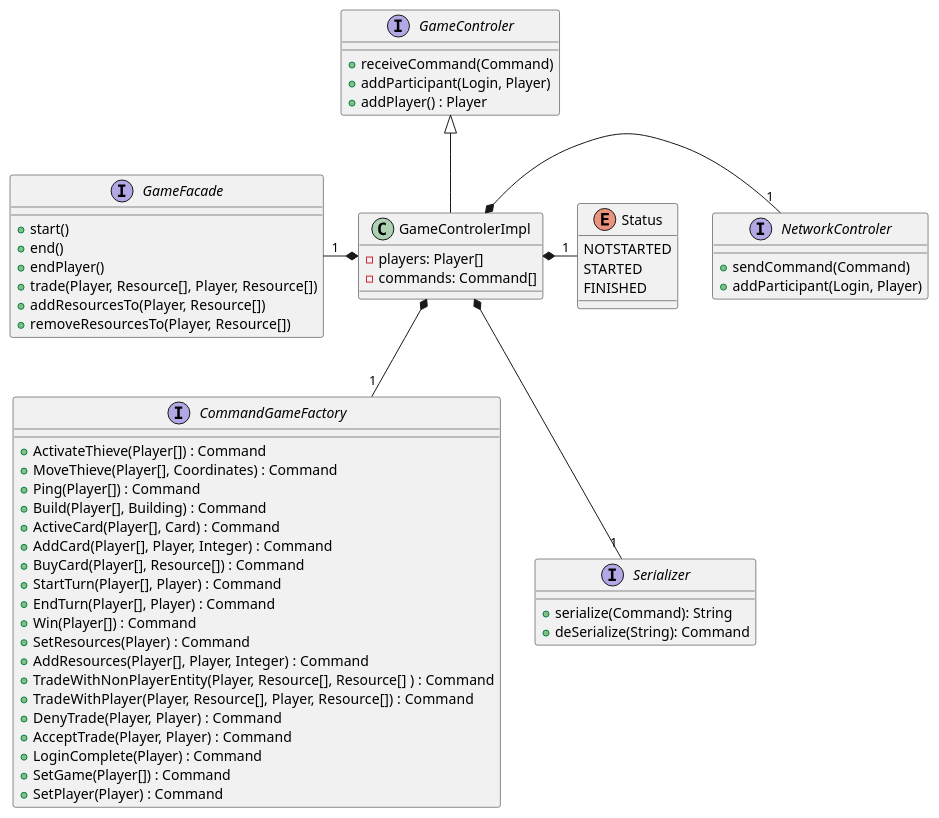
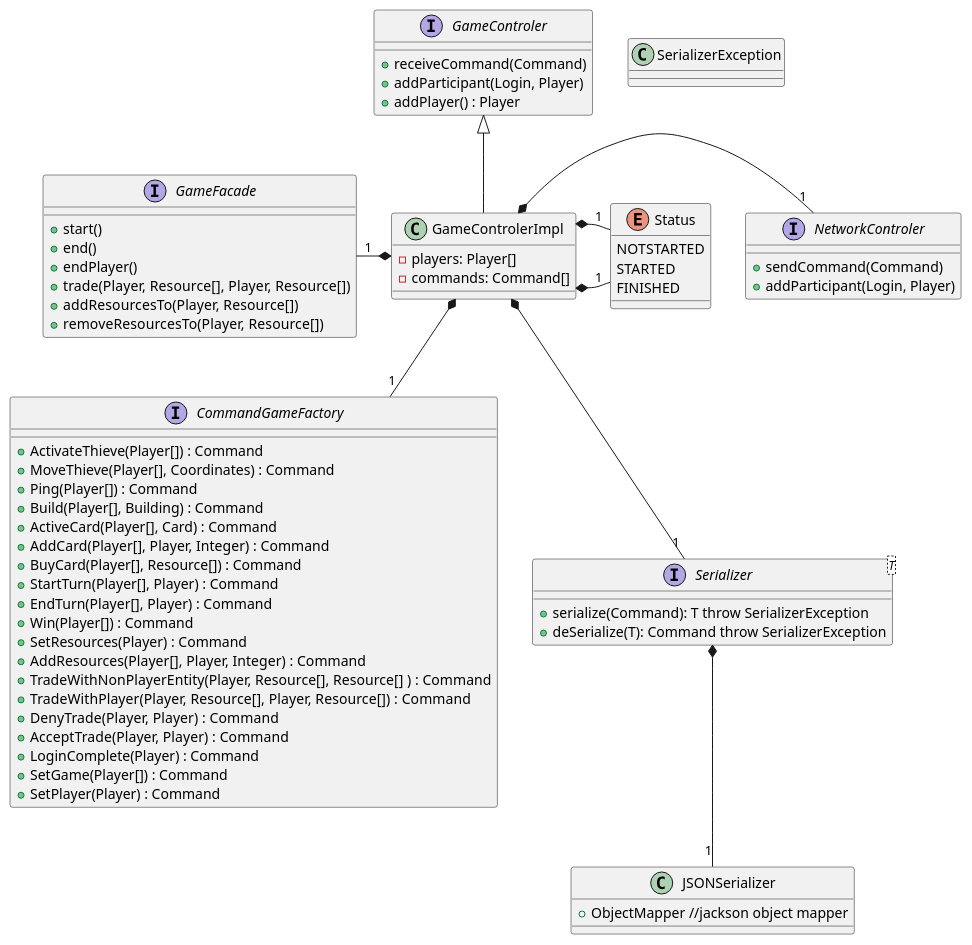
The diagram in catan-doc/modules/conception/pages/classDiagramGameControlerServer.plantuml (theray1/Les-Colons-De-Catane), drawn with PlantUML before and after one commit.

Commit message:
Changed Serializer to use template

```diff
--- a/catan-doc/modules/conception/pages/classDiagramGameControlerServer.plantuml
+++ b/catan-doc/modules/conception/pages/classDiagramGameControlerServer.plantuml
@@ -1,65 +1,73 @@
 @startuml
 interface GameControler {
     +receiveCommand(Command)
     +addParticipant(Login, Player)
     +addPlayer() : Player
 }
 
 class GameControlerImpl{
     -players: Player[]
     -commands: Command[]
 }
 interface CommandGameFactory {
 	+ActivateThieve(Player[]) : Command
 	+MoveThieve(Player[], Coordinates) : Command
 	+Ping(Player[]) : Command
 	+Build(Player[], Building) : Command
 	+ActiveCard(Player[], Card) : Command
 	+AddCard(Player[], Player, Integer) : Command
 	+BuyCard(Player[], Resource[]) : Command
 	+StartTurn(Player[], Player) : Command
 	+EndTurn(Player[], Player) : Command
 	+Win(Player[]) : Command
 	+SetResources(Player) : Command
 	+AddResources(Player[], Player, Integer) : Command
 	+TradeWithNonPlayerEntity(Player, Resource[], Resource[] ) : Command
 	+TradeWithPlayer(Player, Resource[], Player, Resource[]) : Command
 	+DenyTrade(Player, Player) : Command
 	+AcceptTrade(Player, Player) : Command
 	+LoginComplete(Player) : Command
 	+SetGame(Player[]) : Command
 	+SetPlayer(Player) : Command
 }
-interface Serializer {
-    +serialize(Command): String
-    +deSerialize(String): Command
+interface Serializer<T> {
+    +serialize(Command): T throw SerializerException
+    +deSerialize(T): Command throw SerializerException
 }
+
+Class JSONSerializer {
+    +ObjectMapper //jackson object mapper
+}
+
+Class SerializerException{}
+
 interface NetworkControler {
 	+sendCommand(Command)
 	+addParticipant(Login, Player)
 }
 
 interface GameFacade {
 	+start()
 	+end()
 	+endPlayer()
 	+trade(Player, Resource[], Player, Resource[])
 	+addResourcesTo(Player, Resource[])
 	+removeResourcesTo(Player, Resource[])
 }
 
 Enum Status{
 	NOTSTARTED
 	STARTED
 	FINISHED
 }
 
 GameControler <|-down- GameControlerImpl
 GameControlerImpl *-down- "1" CommandGameFactory
 GameControlerImpl *-right- "1" NetworkControler
 GameControlerImpl *-left- "1" GameFacade
 GameControlerImpl *-down- "1" Serializer
 GameControlerImpl *-right- "1" Status
-            
+Serializer *-down- "1" JSONSerializer
+GameControlerImpl *-right- "1" Status            
             
 @enduml
```
